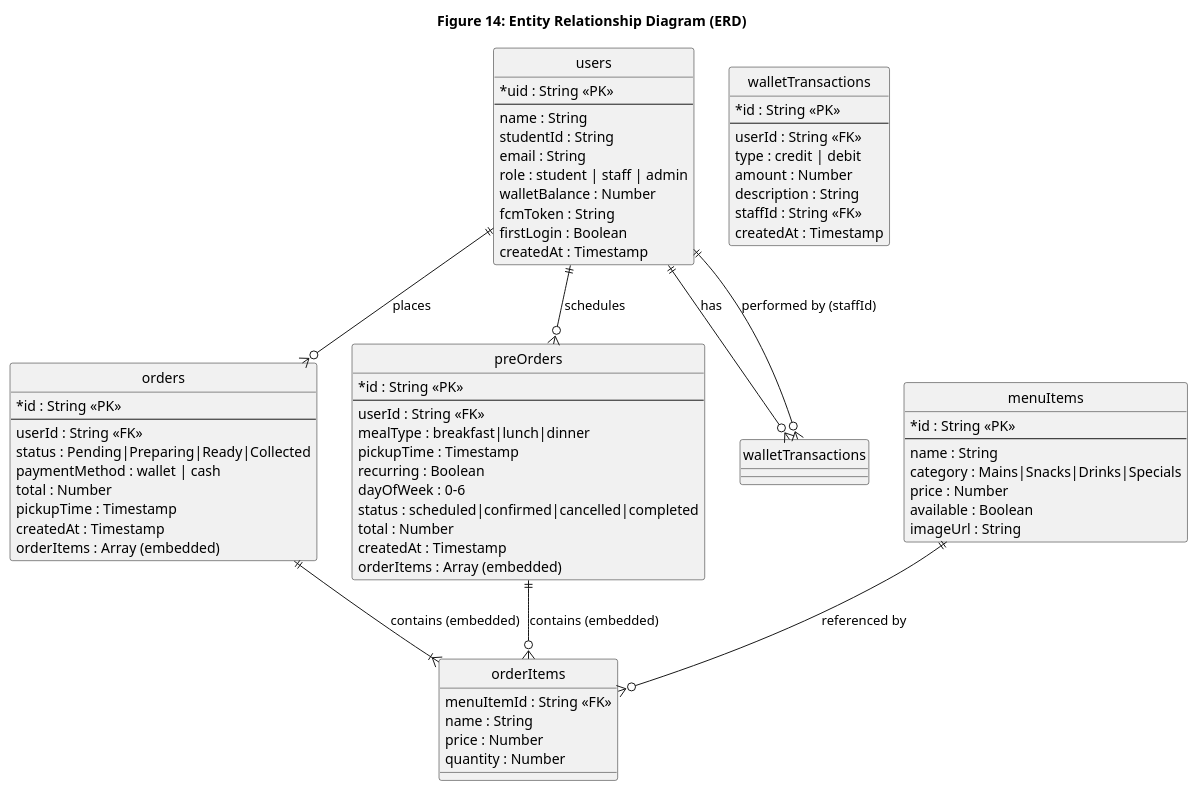
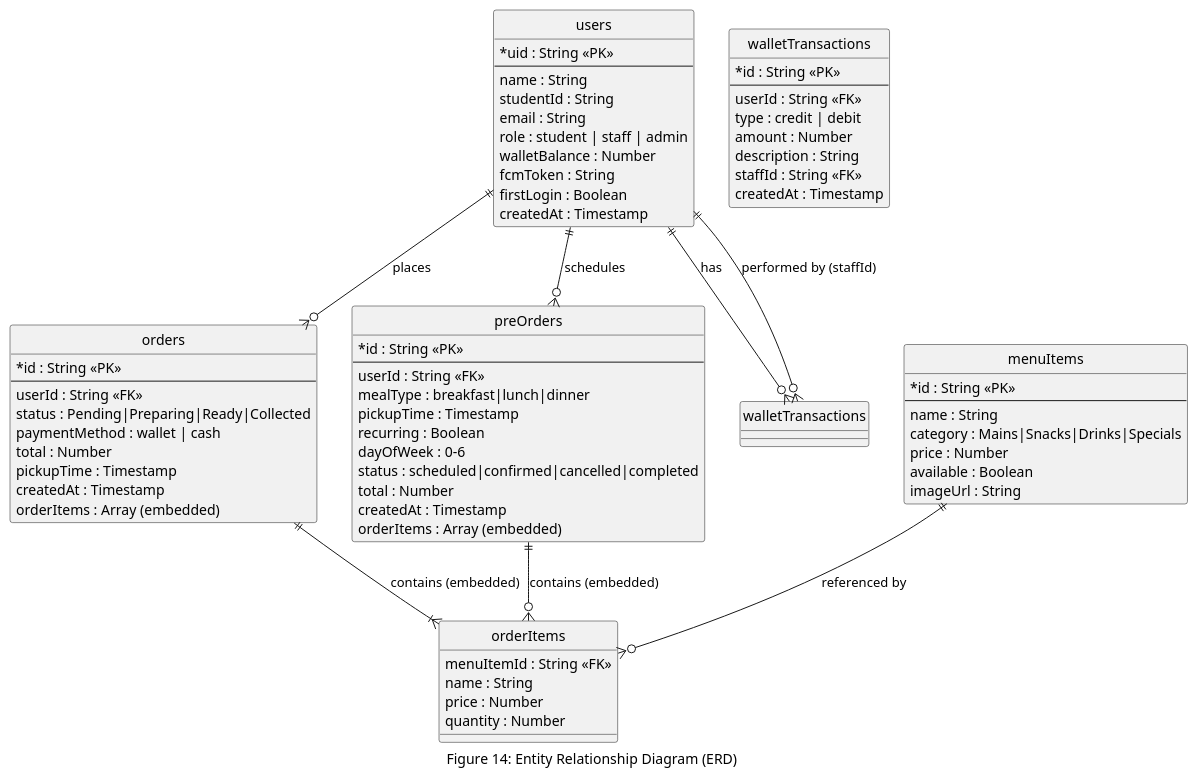
One commit to Musyonchez/beni-2 changed the third of 9 diagrams in pdf-source/figures/ch-5.md. Above: the diagram before and after it, drawn with PlantUML. The commit also changed other lines of this file and 30 other files, not shown here.

First line of the commit message:
chore: update figures, add generated PNGs, fix figure follow-up paragraphs

```diff
--- a/pdf-source/figures/ch-5.md
+++ b/pdf-source/figures/ch-5.md
@@ -144,7 +144,7 @@
 skinparam classAttributeIconSize 0
 skinparam backgroundColor white
 skinparam defaultFontName Arial
-title Figure 14: Entity Relationship Diagram (ERD)
+caption Figure 14: Entity Relationship Diagram (ERD)
 
 entity "users" as users {
   * uid : String <<PK>>
```
